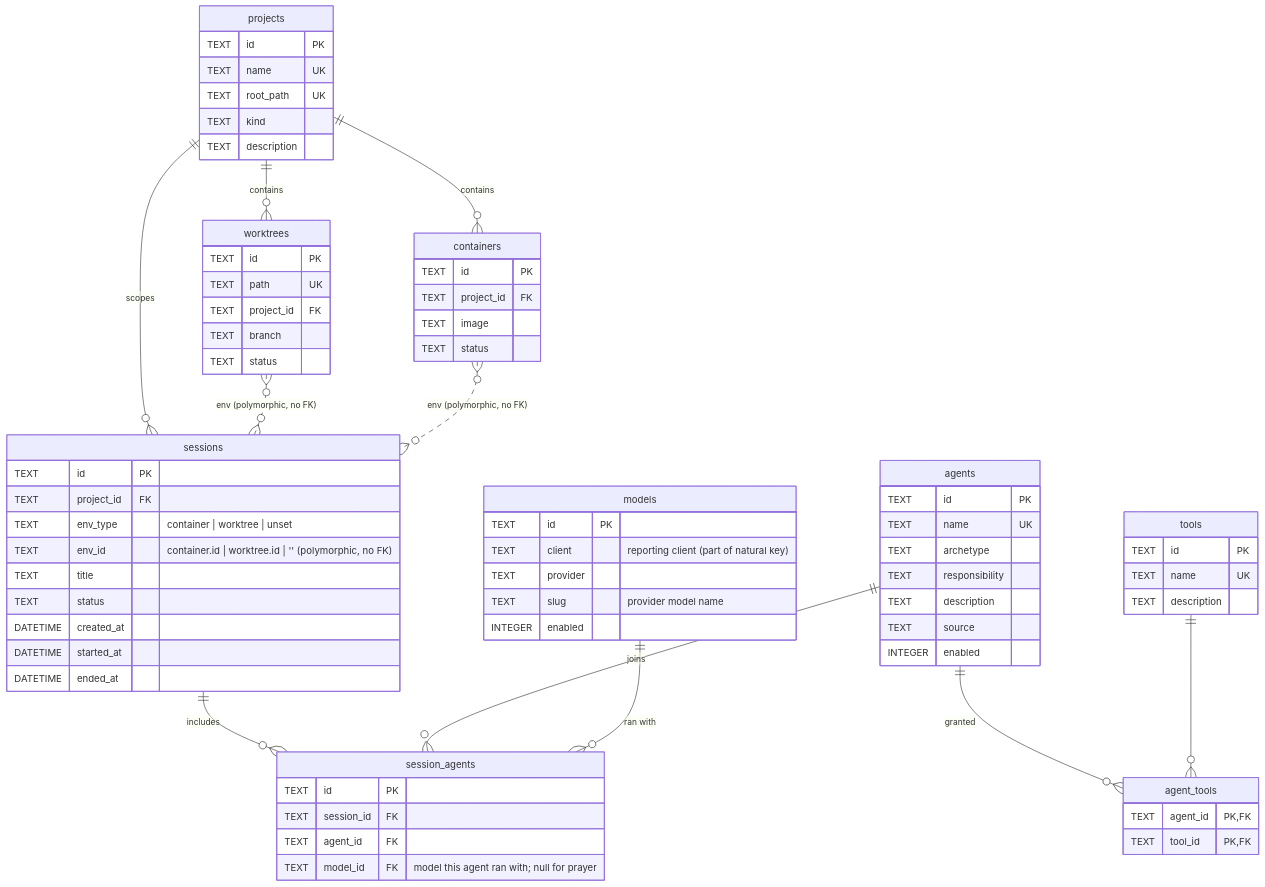
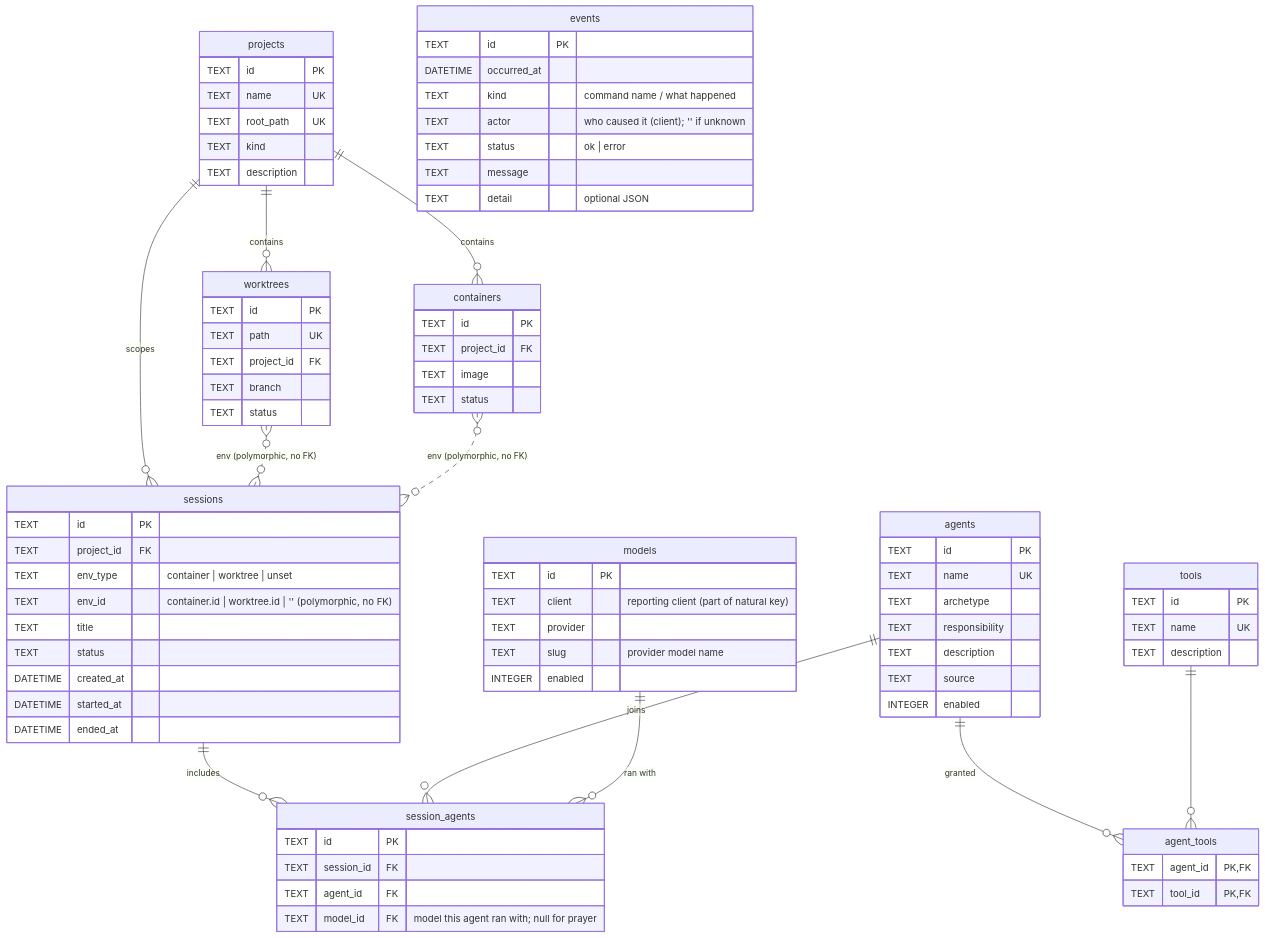
Before and after one commit to hieutran21198/cirius-harness: the diagram in docs/specs/harness-data-model.md, drawn with Mermaid. The commit also changed other lines of this file and 57 other files, not shown here.

```diff
--- a/docs/specs/harness-data-model.md
+++ b/docs/specs/harness-data-model.md
@@ -136,6 +150,15 @@
         TEXT agent_id   FK
         TEXT model_id   FK "model this agent ran with; null for prayer"
     }
+    events {
+        TEXT     id          PK
+        DATETIME occurred_at
+        TEXT     kind        "command name / what happened"
+        TEXT     actor       "who caused it (client); '' if unknown"
+        TEXT     status      "ok | error"
+        TEXT     message
+        TEXT     detail      "optional JSON"
+    }
 
     agents    ||--o{ agent_tools    : "granted"
     tools     ||--o{ agent_tools    : ""
```
